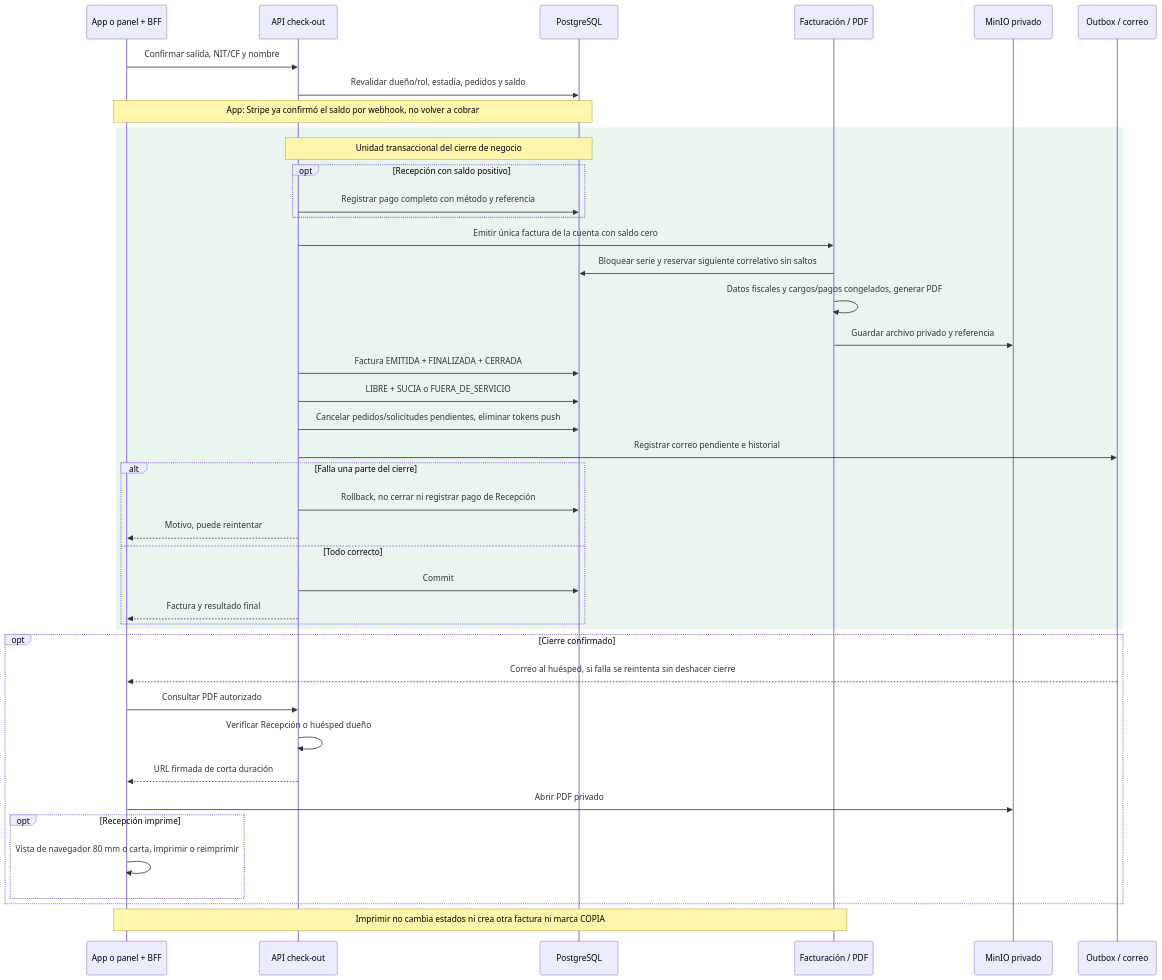
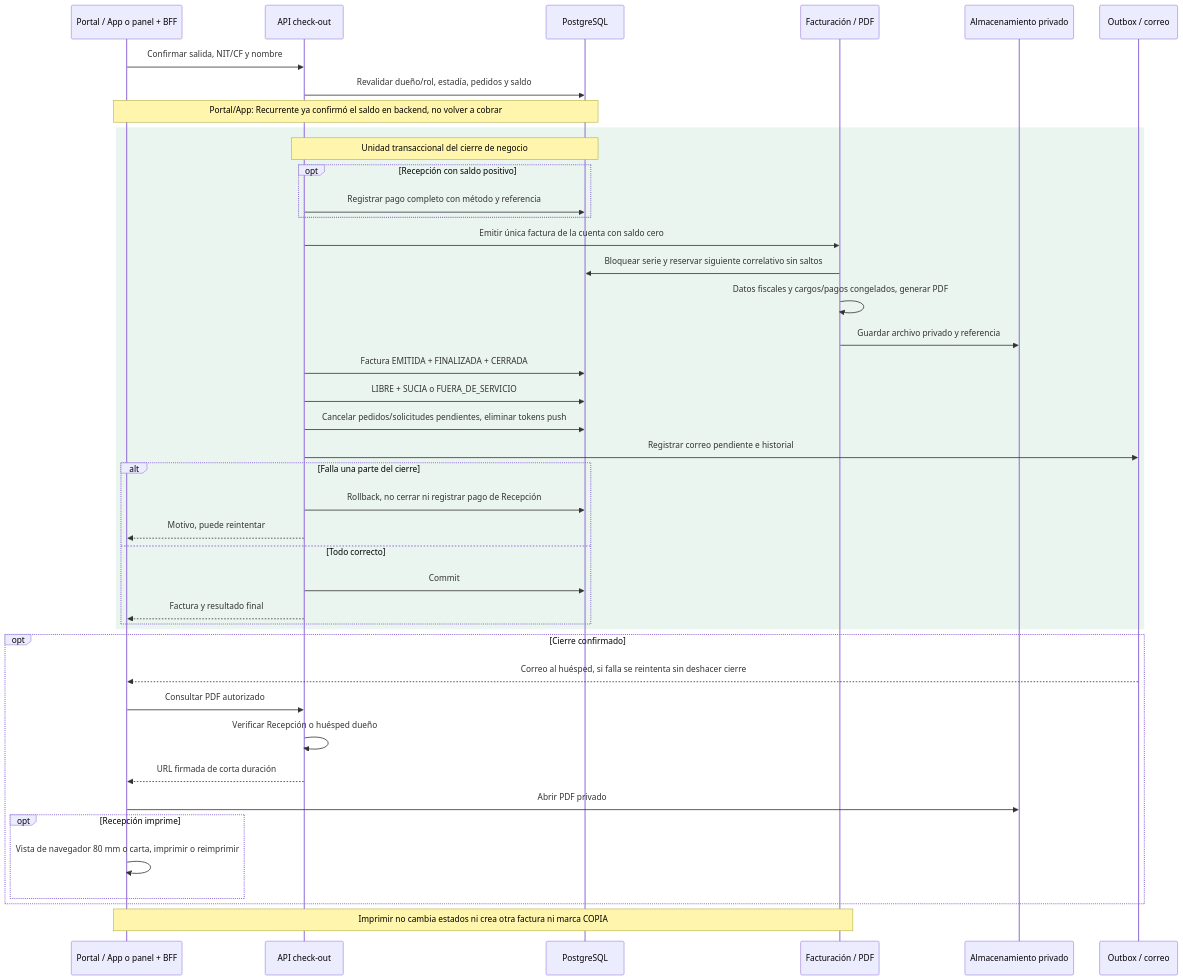
The diagram in 03-arquitectura/diagramas-sistema/18-secuencia-cierre-atomico-factura-y-archivos.md (villaserenaguatee/villa-serena-docs), drawn with Mermaid before and after one commit. The commit also changed other lines of this file and 7 other files, not shown here.

First line of the commit message:
docs: actualizar flujos de reserva, Recurrente, correos y acceso al portal (#47)

````diff
--- a/03-arquitectura/diagramas-sistema/18-secuencia-cierre-atomico-factura-y-archivos.md
+++ b/03-arquitectura/diagramas-sistema/18-secuencia-cierre-atomico-factura-y-archivos.md
@@ -7,44 +9,44 @@
 ```mermaid
 sequenceDiagram
-  participant U as App o panel + BFF
+  participant U as Portal / App o panel + BFF
   participant S as API check-out
   participant D as PostgreSQL
   participant F as Facturación / PDF
-  participant M as MinIO privado
+  participant M as Almacenamiento privado
   participant O as Outbox / correo
   U->>S: Confirmar salida, NIT/CF y nombre
   S->>D: Revalidar dueño/rol, estadía, pedidos y saldo
-  Note over U,D: App: Stripe ya confirmó el saldo por webhook, no volver a cobrar
+  Note over U,D: Portal/App: Recurrente ya confirmó el saldo en backend, no volver a cobrar
   rect rgb(234, 245, 239)
     Note over S,D: Unidad transaccional del cierre de negocio
     opt Recepción con saldo positivo
       S->>D: Registrar pago completo con método y referencia
     end
     S->>F: Emitir única factura de la cuenta con saldo cero
     F->>D: Bloquear serie y reservar siguiente correlativo sin saltos
     F->>F: Datos fiscales y cargos/pagos congelados, generar PDF
     F->>M: Guardar archivo privado y referencia
     S->>D: Factura EMITIDA + FINALIZADA + CERRADA
     S->>D: LIBRE + SUCIA o FUERA_DE_SERVICIO
     S->>D: Cancelar pedidos/solicitudes pendientes, eliminar tokens push
     S->>O: Registrar correo pendiente e historial
     alt Falla una parte del cierre
       S->>D: Rollback, no cerrar ni registrar pago de Recepción
       S-->>U: Motivo, puede reintentar
     else Todo correcto
       S->>D: Commit
       S-->>U: Factura y resultado final
     end
   end
   opt Cierre confirmado
     O-->>U: Correo al huésped, si falla se reintenta sin deshacer cierre
     U->>S: Consultar PDF autorizado
     S->>S: Verificar Recepción o huésped dueño
     S-->>U: URL firmada de corta duración
     U->>M: Abrir PDF privado
     opt Recepción imprime
       U->>U: Vista de navegador 80 mm o carta, imprimir o reimprimir
     end
   end
   Note over U,F: Imprimir no cambia estados ni crea otra factura ni marca COPIA
 ```
````
